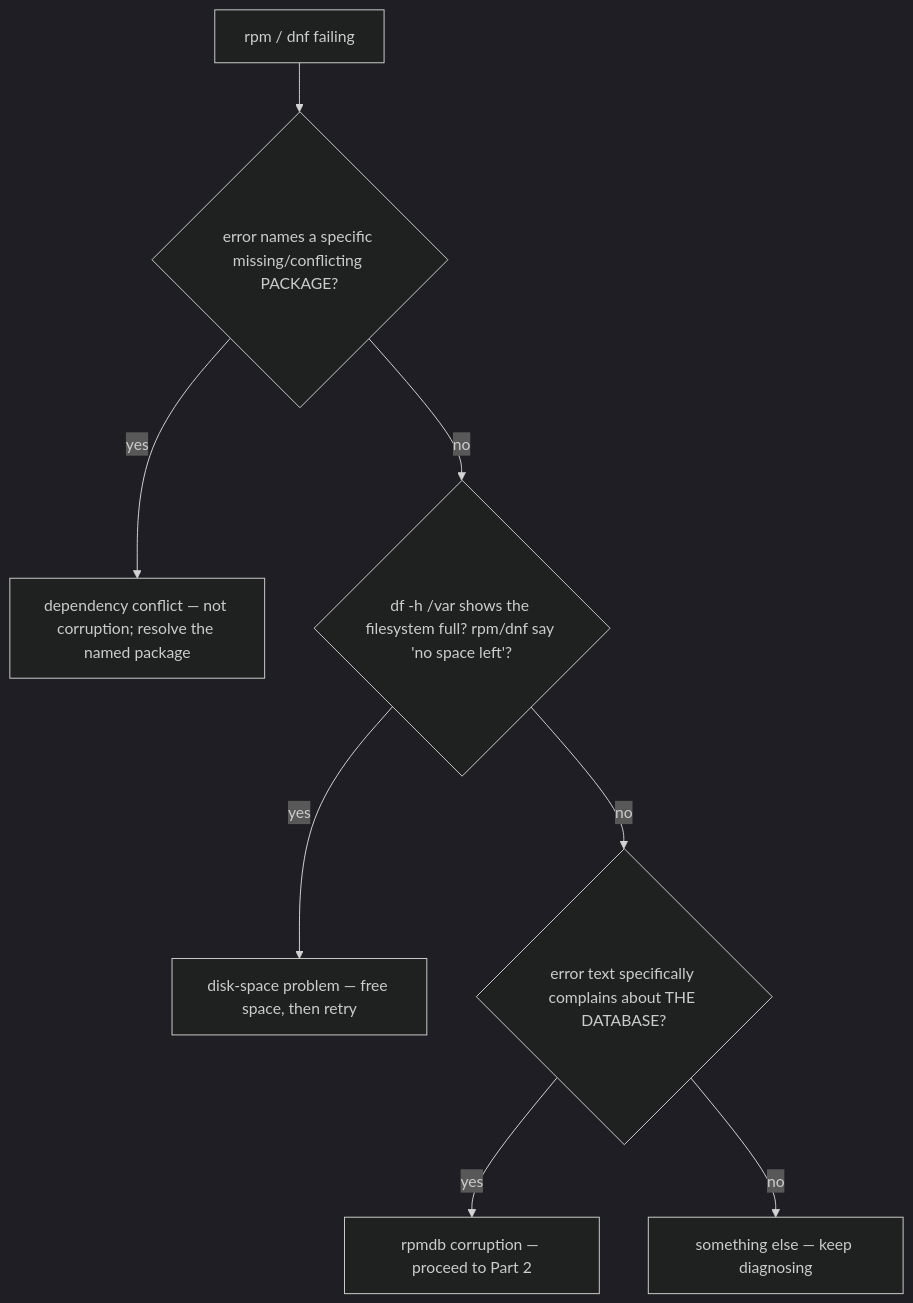
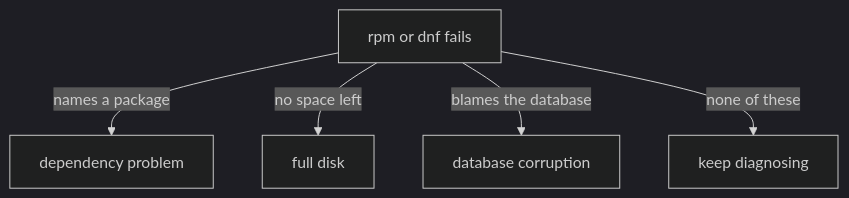
The diagram in sections/section-060/module-02/course-01-recognising-the-symptom.md (astrona-io/ATS002), drawn with Mermaid (dark theme) before and after one commit. The commit also changed other lines of this file and 615 other files, not shown here.

````diff
--- a/sections/section-060/module-02/course-01-recognising-the-symptom.md
+++ b/sections/section-060/module-02/course-01-recognising-the-symptom.md
@@ -25,10 +33,7 @@
 ```mermaid
-flowchart TD
-    E["rpm / dnf failing"] --> A{"error names a specific missing/conflicting PACKAGE?"}
-    A -->|yes| DEP["dependency conflict — not corruption; resolve the named package"]
-    A -->|no| B{"df -h /var shows the filesystem full? rpm/dnf say 'no space left'?"}
-    B -->|yes| DISK["disk-space problem — free space, then retry"]
-    B -->|no| C{"error text specifically complains about THE DATABASE?"}
-    C -->|yes| CORR["rpmdb corruption — proceed to Part 2"]
-    C -->|no| OTHER["something else — keep diagnosing"]
+flowchart TB
+    E["rpm or dnf fails"] -->|"names a package"| DEP["dependency problem"]
+    E -->|"no space left"| DISK["full disk"]
+    E -->|"blames the database"| CORR["database corruption"]
+    E -->|"none of these"| OTHER["keep diagnosing"]
 ```
````
